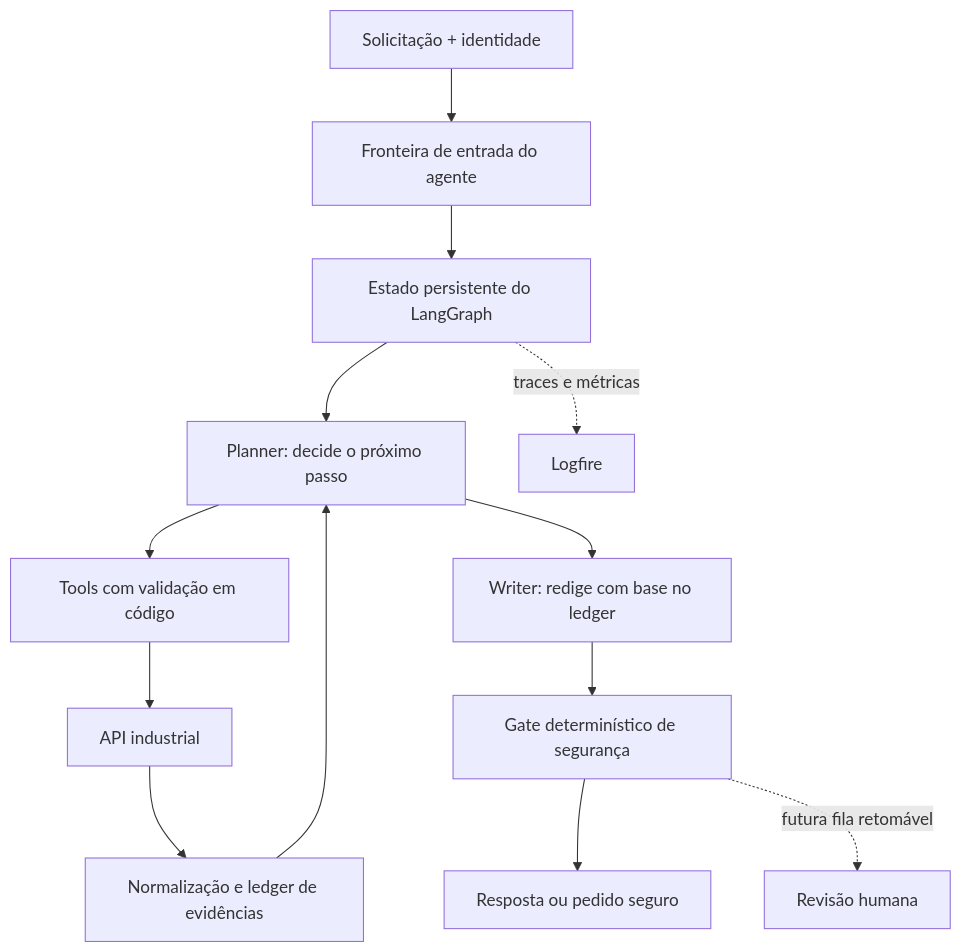
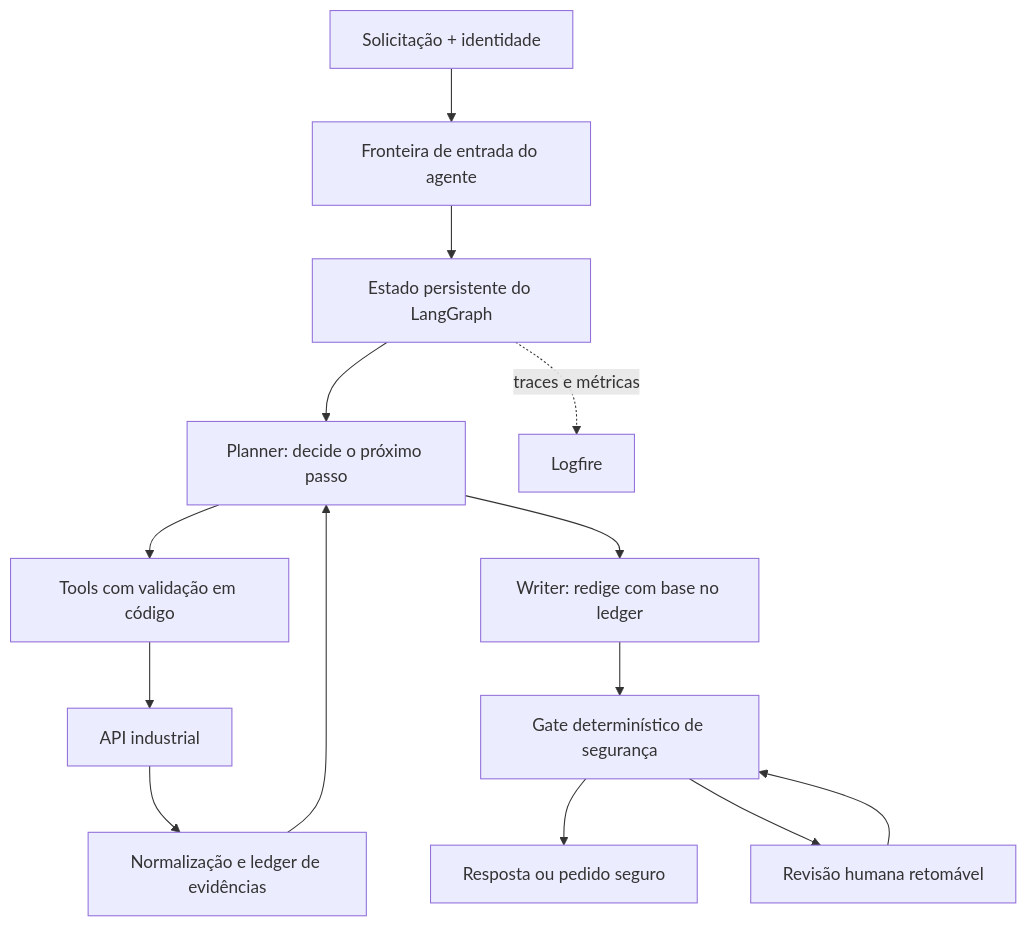
One commit to leeunam/case-TRACTIAN-IA changed the first of 2 diagrams in README.md. Above: the diagram before and after it, drawn with Mermaid. The commit also changed other lines of this file and 9 other files, not shown here.

````diff
--- a/README.md
+++ b/README.md
@@ -21,15 +21,16 @@
 ```mermaid
 flowchart TD
     A[Solicitação + identidade] --> B[Fronteira de entrada do agente]
     B --> C[Estado persistente do LangGraph]
     C --> D[Planner: decide o próximo passo]
     D --> E[Tools com validação em código]
     E --> F[API industrial]
     F --> G[Normalização e ledger de evidências]
     G --> D
     D --> H[Writer: redige com base no ledger]
     H --> I[Gate determinístico de segurança]
     I --> J[Resposta ou pedido seguro]
-    I -. futura fila retomável .-> L[Revisão humana]
+    I --> L[Revisão humana retomável]
+    L --> I
     C -. traces e métricas .-> K[Logfire]
 ```
````
